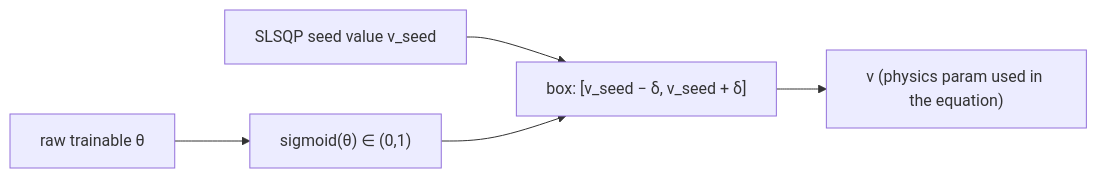
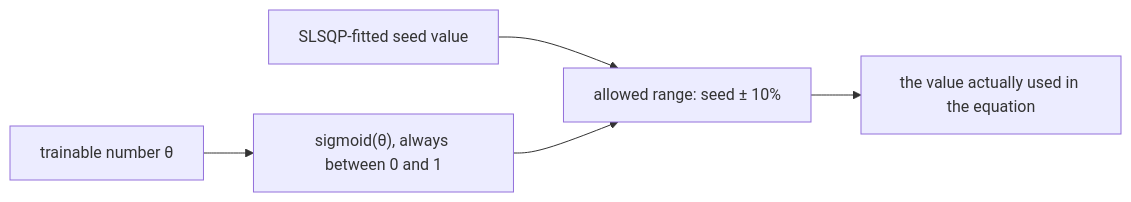
The fifth of 5 diagrams in docs/MODEL_ARCHITECTURES.md (Angel-AD/transistor_modeling), drawn with Mermaid before and after one commit. The commit also changed other lines of this file and 3 other files, not shown here.

````diff
--- a/docs/MODEL_ARCHITECTURES.md
+++ b/docs/MODEL_ARCHITECTURES.md
@@ -226,7 +262,7 @@
 ```mermaid
 flowchart LR
-    SEED["SLSQP seed value v_seed"] --> BOX["box: [v_seed − δ, v_seed + δ]"]
-    THETA["raw trainable θ"] --> SIG["sigmoid(θ) ∈ (0,1)"]
+    SEED["SLSQP-fitted seed value"] --> BOX["allowed range: seed ± 10%"]
+    THETA["trainable number θ"] --> SIG["sigmoid(θ), always between 0 and 1"]
     SIG --> BOX
-    BOX --> V["v (physics param used in the equation)"]
+    BOX --> V["the value actually used in the equation"]
 ```
````
